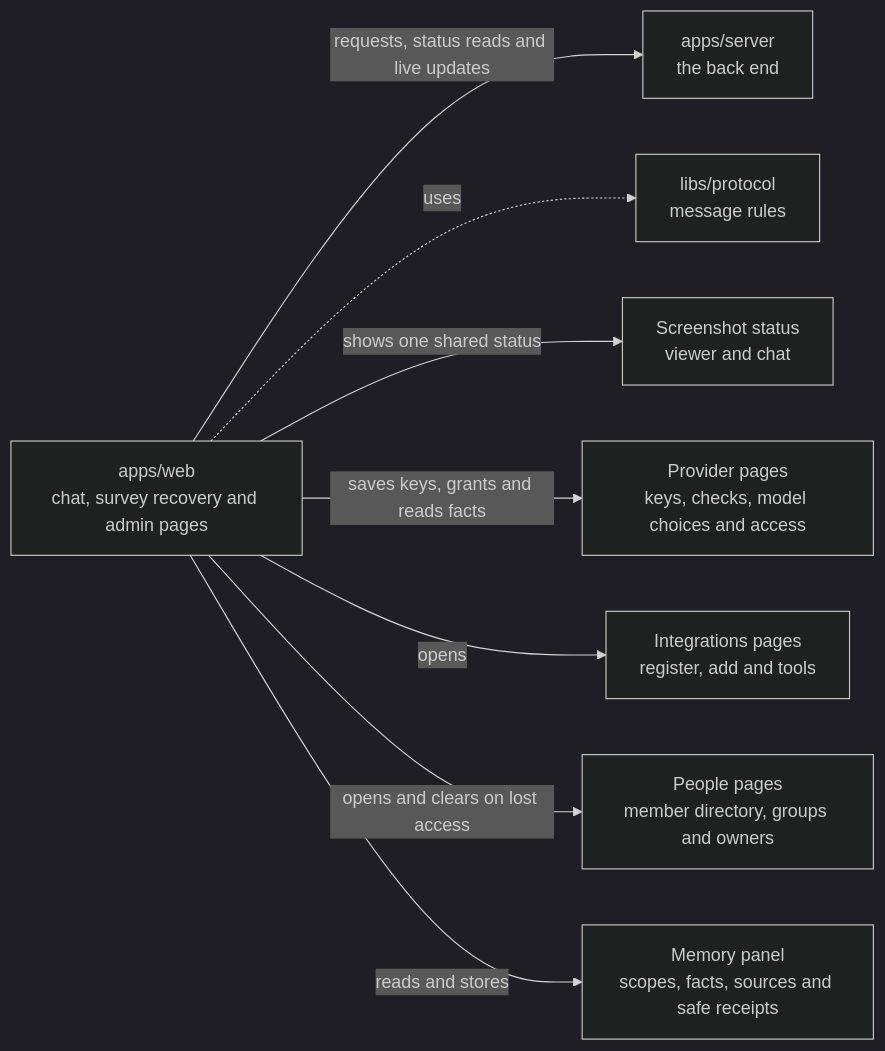
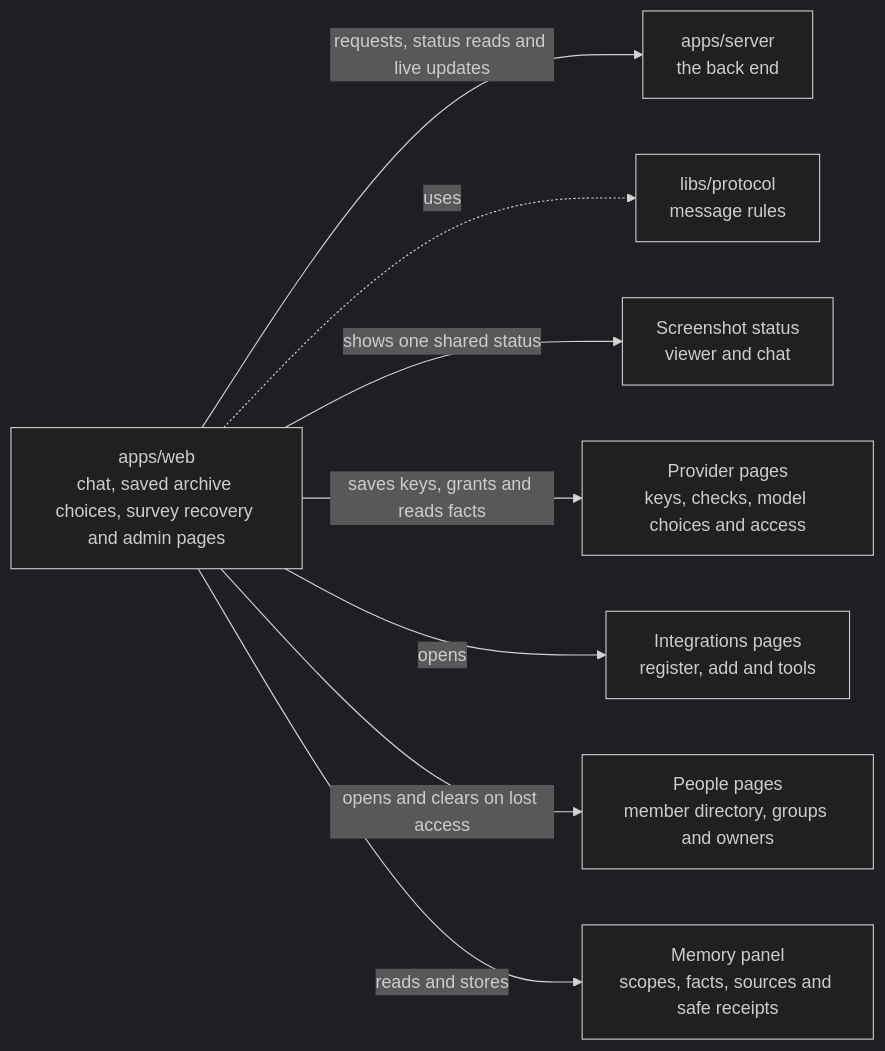
One commit to elewa-git/opencrane-new changed the diagram in apps/web/README.md. Above: the diagram before and after it, drawn with Mermaid (dark theme). The commit also changed other lines of this file and 18 other files, not shown here.

Commit message:
🗂️ Save personal chat archive choices from the header

````diff
--- a/apps/web/README.md
+++ b/apps/web/README.md
@@ -11,10 +11,10 @@
 ```mermaid
 flowchart LR
-  web["apps/web<br/>chat, survey recovery and admin pages"] -->|requests, status reads and live updates| server["apps/server<br/>the back end"]
+  web["apps/web<br/>chat, saved archive choices, survey recovery and admin pages"] -->|requests, status reads and live updates| server["apps/server<br/>the back end"]
   web -.->|uses| protocol["libs/protocol<br/>message rules"]
   web -->|shows one shared status| capture["Screenshot status<br/>viewer and chat"]
   web -->|saves keys, grants and reads facts| providers["Provider pages<br/>keys, checks, model choices and access"]
   web -->|opens| integrations["Integrations pages<br/>register, add and tools"]
   web -->|opens and clears on lost access| people["People pages<br/>member directory, groups and owners"]
   web -->|reads and stores| memory["Memory panel<br/>scopes, facts, sources and safe receipts"]
 ```
````
